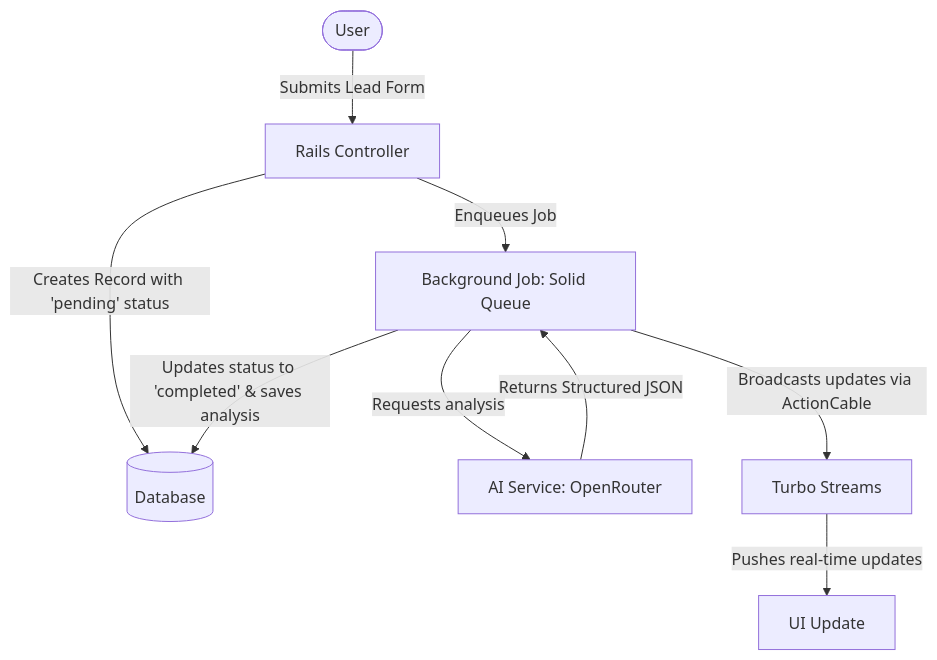
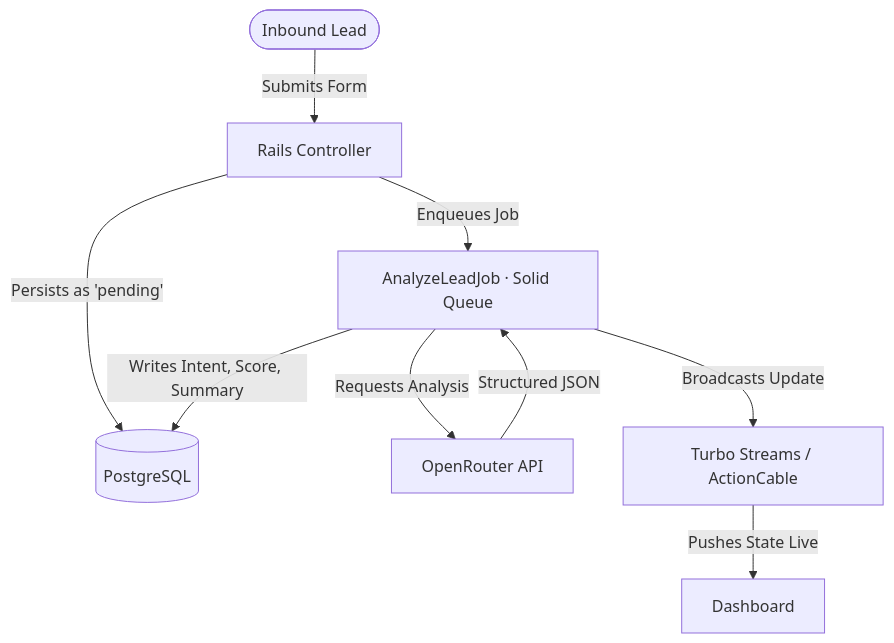
The diagram in README.md (danialasghar5/ai_lead_engine), drawn with Mermaid before and after one commit. The commit also changed other lines of this file, not shown here.

````diff
--- a/README.md
+++ b/README.md
@@ -19,11 +24,11 @@
 ```mermaid
 flowchart TD
-    User([User]) -->|Submits Lead Form| Controller[Rails Controller]
-    Controller -->|Creates Record with 'pending' status| DB[(Database)]
-    Controller -->|Enqueues Job| Job[Background Job: Solid Queue]
-    Job -->|Requests analysis| OpenRouter[AI Service: OpenRouter]
-    OpenRouter -->|Returns Structured JSON| Job
-    Job -->|Updates status to 'completed' & saves analysis| DB
-    Job -->|Broadcasts updates via ActionCable| Turbo[Turbo Streams]
-    Turbo -->|Pushes real-time updates| UI[UI Update]
+    User([Inbound Lead]) -->|Submits Form| Controller[Rails Controller]
+    Controller -->|Persists as 'pending'| DB[(PostgreSQL)]
+    Controller -->|Enqueues Job| Job[AnalyzeLeadJob · Solid Queue]
+    Job -->|Requests Analysis| OR[OpenRouter API]
+    OR -->|Structured JSON| Job
+    Job -->|Writes Intent, Score, Summary| DB
+    Job -->|Broadcasts Update| Turbo[Turbo Streams / ActionCable]
+    Turbo -->|Pushes State Live| UI[Dashboard]
 ```
````
